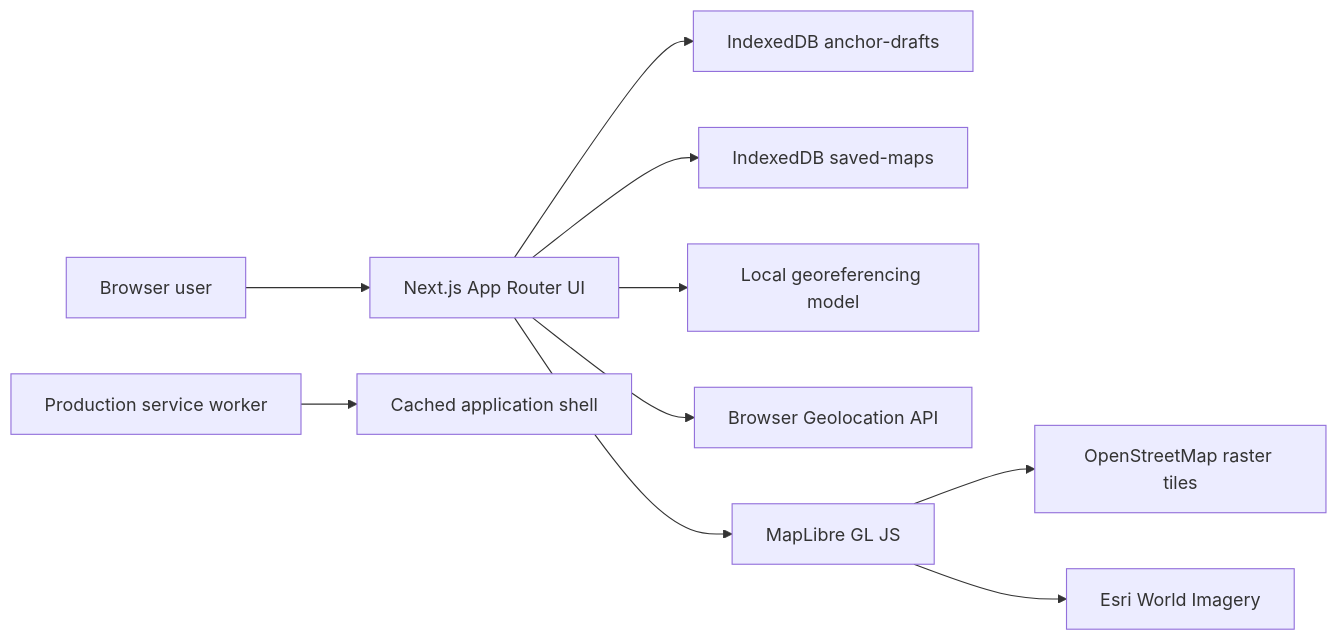
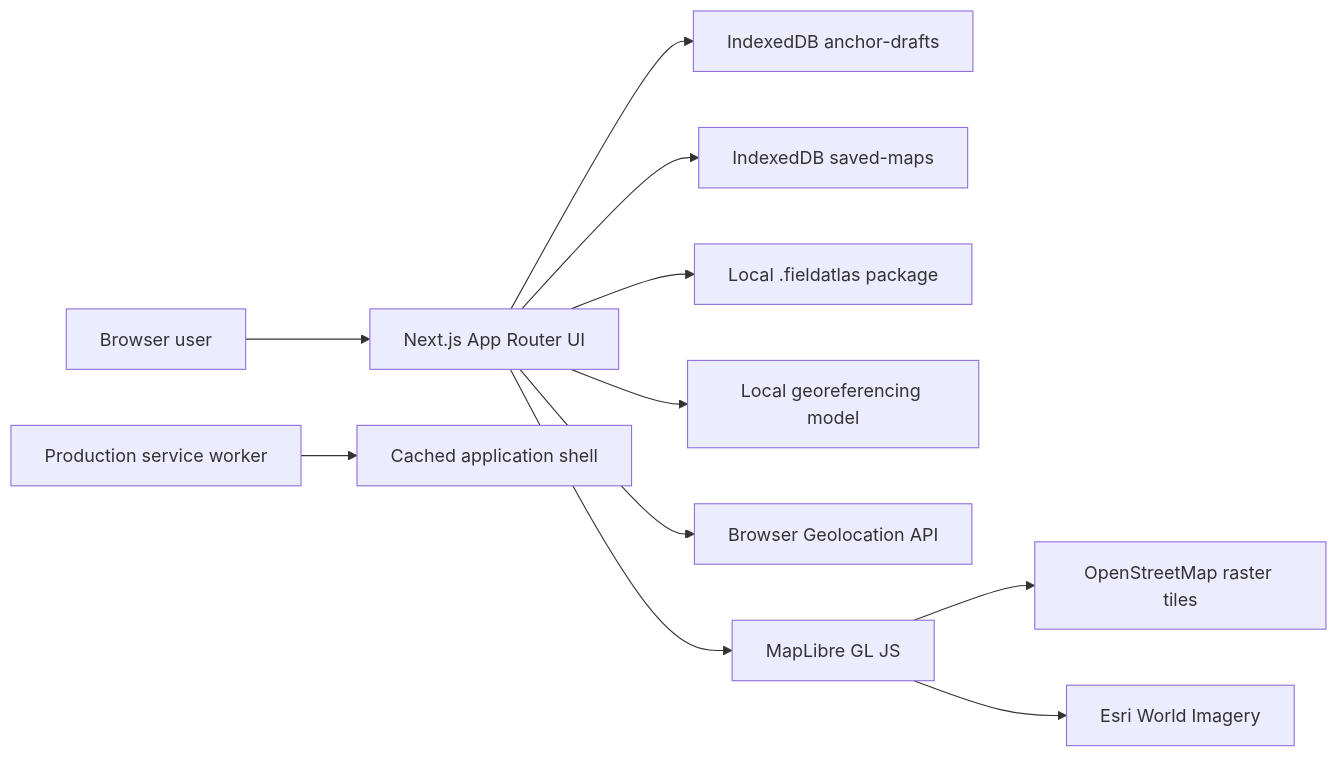
The first of 2 diagrams in docs/ARCHITECTURE.md (stevenmorano/field-atlas), drawn with Mermaid before and after one commit. The commit also changed other lines of this file and 22 other files, not shown here.

````diff
--- a/docs/ARCHITECTURE.md
+++ b/docs/ARCHITECTURE.md
@@ -8,12 +8,13 @@
 ```mermaid
 flowchart LR
     User[Browser user] --> Next[Next.js App Router UI]
     Next --> Draft[IndexedDB anchor-drafts]
     Next --> Maps[IndexedDB saved-maps]
+    Next --> Backup[Local .fieldatlas package]
     Next --> Geo[Local georeferencing model]
     Next --> GPS[Browser Geolocation API]
     Next --> ML[MapLibre GL JS]
     ML --> OSM[OpenStreetMap raster tiles]
     ML --> Esri[Esri World Imagery]
     SW[Production service worker] --> Shell[Cached application shell]
 ```
````
